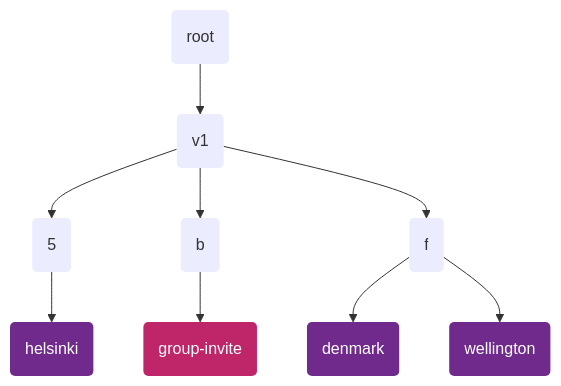
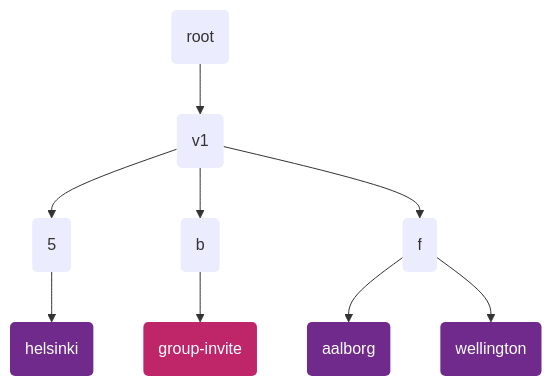
Before and after one commit to ssbc/ssb-meta-feeds-group-spec: the first of 4 diagrams in README.md, drawn with Mermaid. The commit also changed other lines of this file, not shown here.

````diff
--- a/README.md
+++ b/README.md
@@ -32,20 +34,20 @@
 ```mermaid
 graph TB
 
 root(root)
 v1(v1)
 5(5) & b(b) & f(f)
 group-invite(group-invite):::groupInvite
-denmark(denmark):::group
+aalborg(aalborg):::group
 helsinki(helsinki):::group
 wellington(wellington):::group
 
 root --> v1 --> 5 --> helsinki
          v1 --> b --> group-invite
-         v1 --> f --> denmark
+         v1 --> f --> aalborg
                 f --> wellington
 
 classDef default stroke:none;
 classDef groupInvite fill: #BF2669, stroke:none, color:white;
 classDef group fill: #702A8C, stroke: none, color:white;
 ```
````
